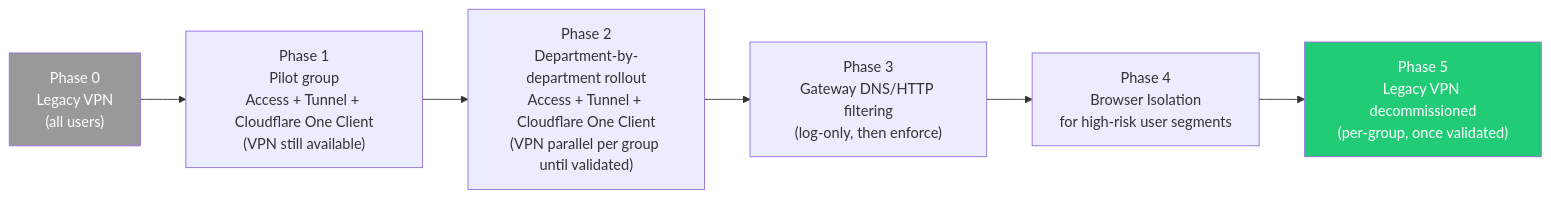
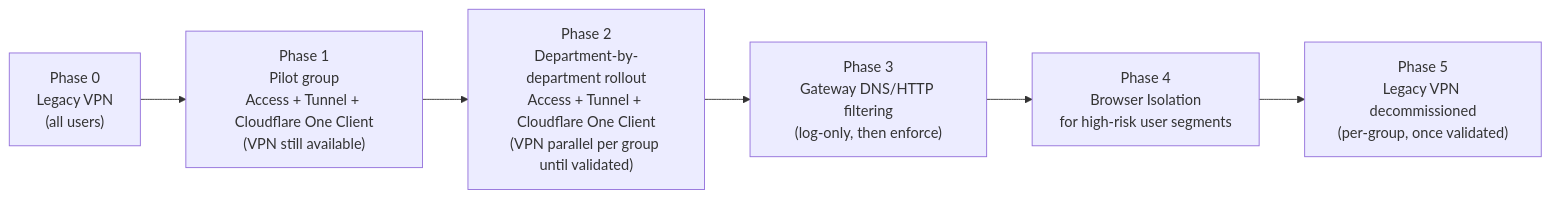
One commit to kevinevans1/cloudflare-adoption-framework changed the diagram in docs/adopt/zero-trust-adoption.md. Above: the diagram before and after it, drawn with Mermaid. The commit also changed 12 other files, not shown here.

Commit message:
Remove hardcoded Mermaid node colors causing readability issues; let diagrams use Material's theme-aware rendering

````diff
--- a/docs/adopt/zero-trust-adoption.md
+++ b/docs/adopt/zero-trust-adoption.md
@@ -36,11 +36,9 @@
 ```mermaid
 flowchart LR
     A["Phase 0\nLegacy VPN\n(all users)"] --> B["Phase 1\nPilot group\nAccess + Tunnel + Cloudflare One Client\n(VPN still available)"]
     B --> C["Phase 2\nDepartment-by-department rollout\nAccess + Tunnel + Cloudflare One Client\n(VPN parallel per group until validated)"]
     C --> D["Phase 3\nGateway DNS/HTTP filtering\n(log-only, then enforce)"]
     D --> E["Phase 4\nBrowser Isolation\nfor high-risk user segments"]
     E --> F["Phase 5\nLegacy VPN decommissioned\n(per-group, once validated)"]
 
-    style A fill:#999,color:#fff
-    style F fill:#2c7,color:#fff
 ```
````
